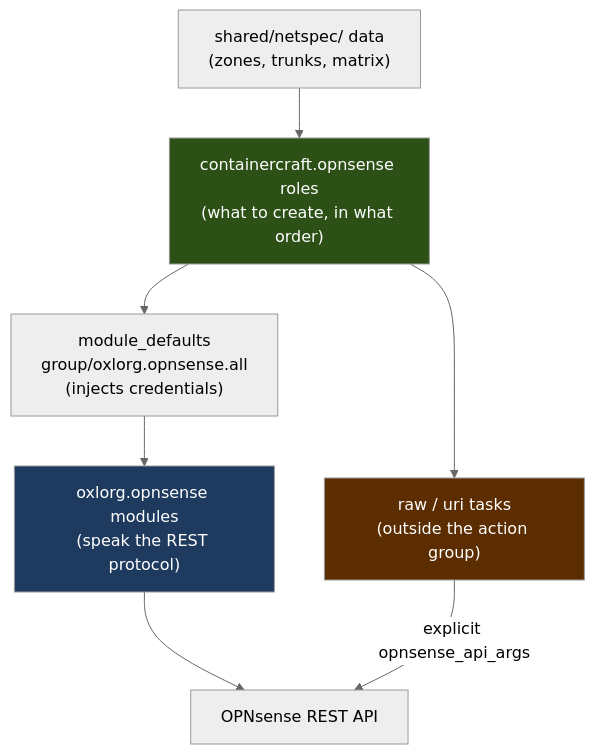
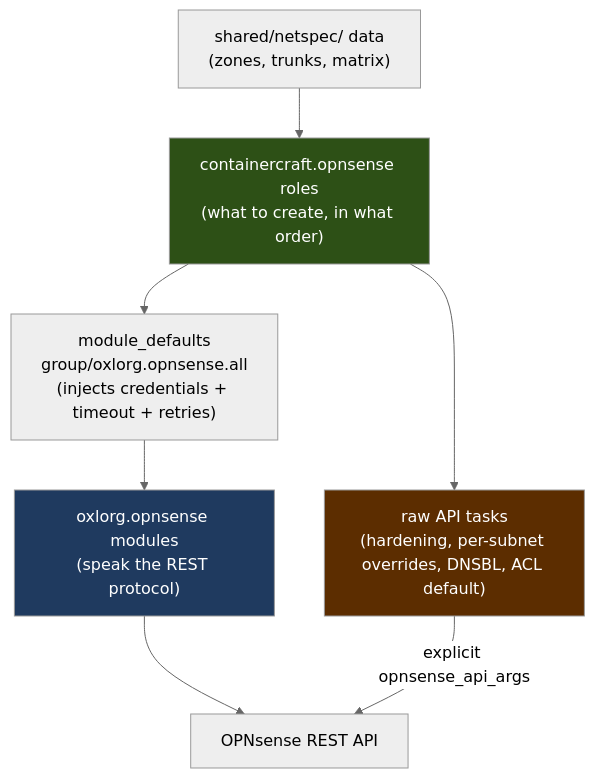
Diagram 15 of 15 in collections/opnsense/README.md (ContainerCraft/ansible), drawn with Mermaid (neutral theme) before and after one commit. The commit also changed other lines of this file and 24 other files, not shown here.

````diff
--- a/collections/opnsense/README.md
+++ b/collections/opnsense/README.md
@@ -1166,20 +1166,20 @@
 ```mermaid
 graph TB
     DATA["shared/netspec/ data<br/>(zones, trunks, matrix)"]
     ROLES["containercraft.opnsense roles<br/>(what to create, in what order)"]
-    MD["module_defaults<br/>group/oxlorg.opnsense.all<br/>(injects credentials)"]
+    MD["module_defaults<br/>group/oxlorg.opnsense.all<br/>(injects credentials + timeout + retries)"]
     OXL["oxlorg.opnsense modules<br/>(speak the REST protocol)"]
-    RAW["raw / uri tasks<br/>(outside the action group)"]
+    RAW["raw API tasks<br/>(hardening, per-subnet overrides, DNSBL, ACL default)"]
     API["OPNsense REST API"]
 
     DATA --> ROLES
     ROLES --> MD
     ROLES --> RAW
     MD --> OXL
     OXL --> API
     RAW -->|explicit opnsense_api_args| API
 
     style ROLES fill:#2d5016,color:#fff
     style OXL fill:#1f3a5f,color:#fff
     style RAW fill:#5c2d00,color:#fff
 ```
````
